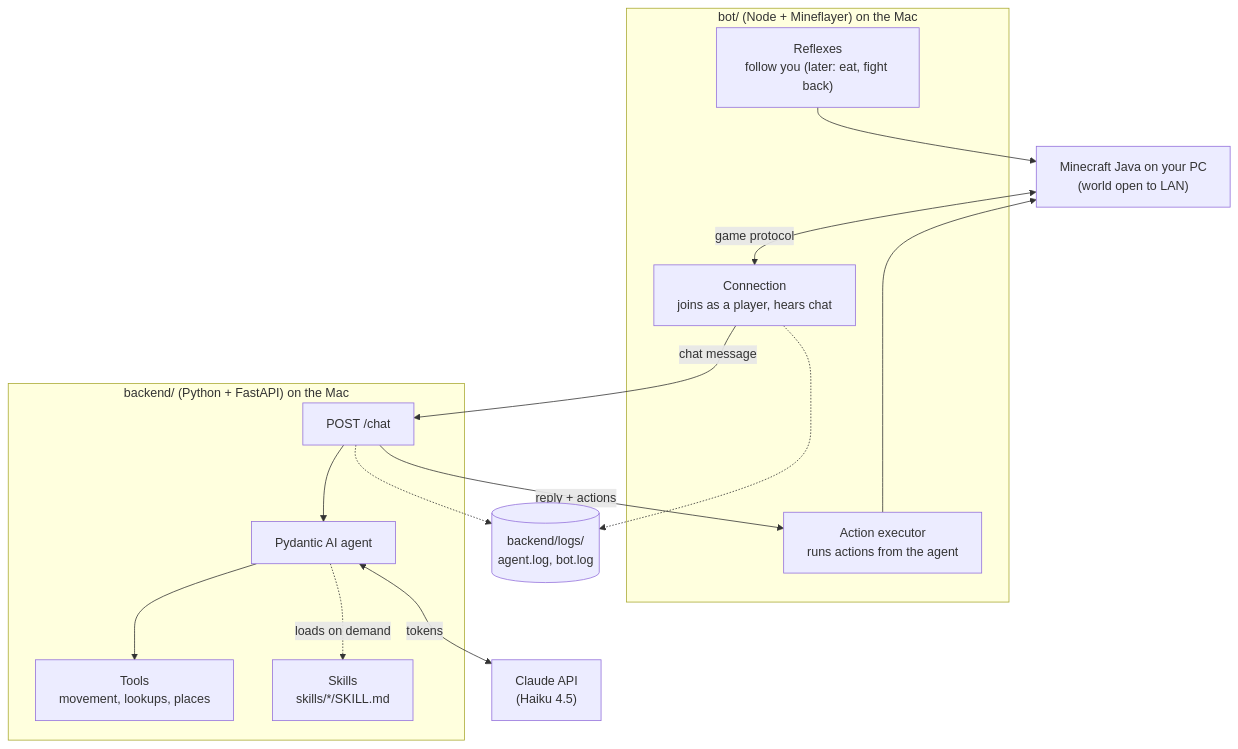
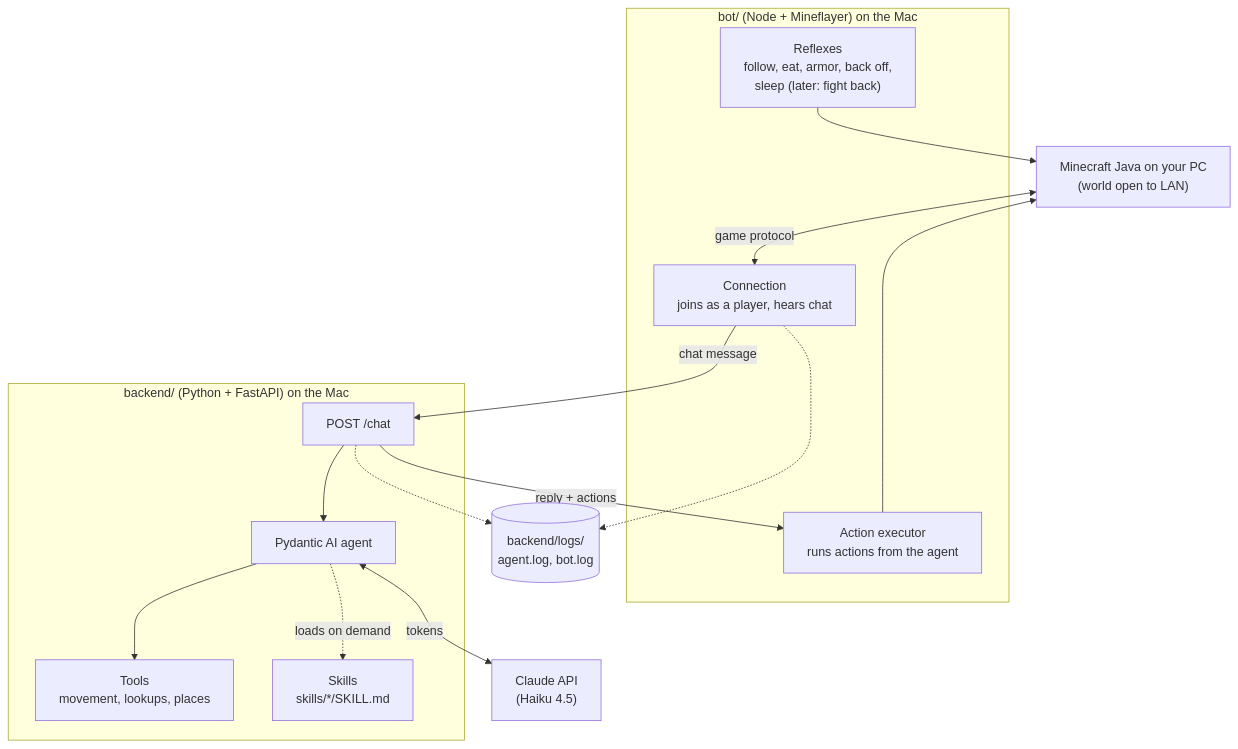
One commit to tascoma/minecraft-agent changed the first of 4 diagrams in docs/architecture.md. Above: the diagram before and after it, drawn with Mermaid. The commit also changed other lines of this file and 13 other files, not shown here.

First line of the commit message:
Add survival reflexes: eat, armor, back off, sleep, recover items

````diff
--- a/docs/architecture.md
+++ b/docs/architecture.md
@@ -11,32 +11,32 @@
 ```mermaid
 flowchart TB
     MC["Minecraft Java on your PC<br/>(world open to LAN)"]
 
     subgraph BOT["bot/ (Node + Mineflayer) on the Mac"]
         conn["Connection<br/>joins as a player, hears chat"]
-        reflex["Reflexes<br/>follow you (later: eat, fight back)"]
+        reflex["Reflexes<br/>follow, eat, armor, back off,<br/>sleep (later: fight back)"]
         exec["Action executor<br/>runs actions from the agent"]
     end
 
     subgraph BACKEND["backend/ (Python + FastAPI) on the Mac"]
         route["POST /chat"]
         agent["Pydantic AI agent"]
         tools["Tools<br/>movement, lookups, places"]
         skills["Skills<br/>skills/*/SKILL.md"]
     end
 
     CLAUDE["Claude API<br/>(Haiku 4.5)"]
     logs[("backend/logs/<br/>agent.log, bot.log")]
 
     MC <-->|"game protocol"| conn
     conn -->|"chat message"| route
     route --> agent
     agent <-->|"tokens"| CLAUDE
     agent --> tools
     agent -.->|"loads on demand"| skills
     route -->|"reply + actions"| exec
     exec --> MC
     reflex --> MC
     conn -.-> logs
     route -.-> logs
 ```
````
